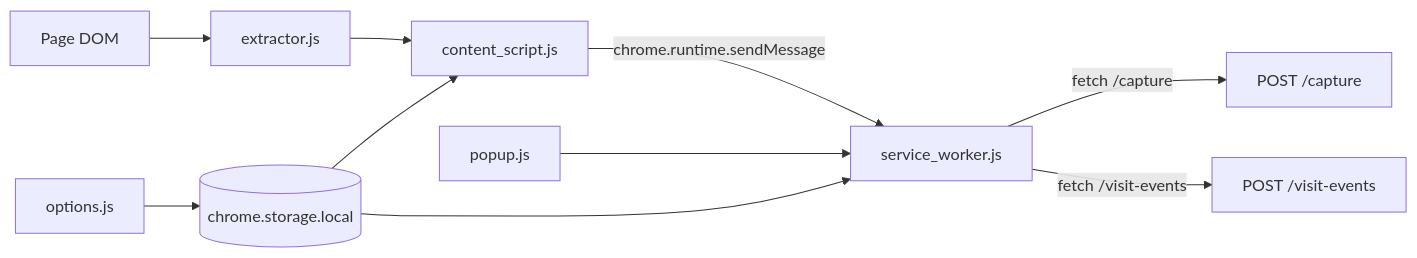
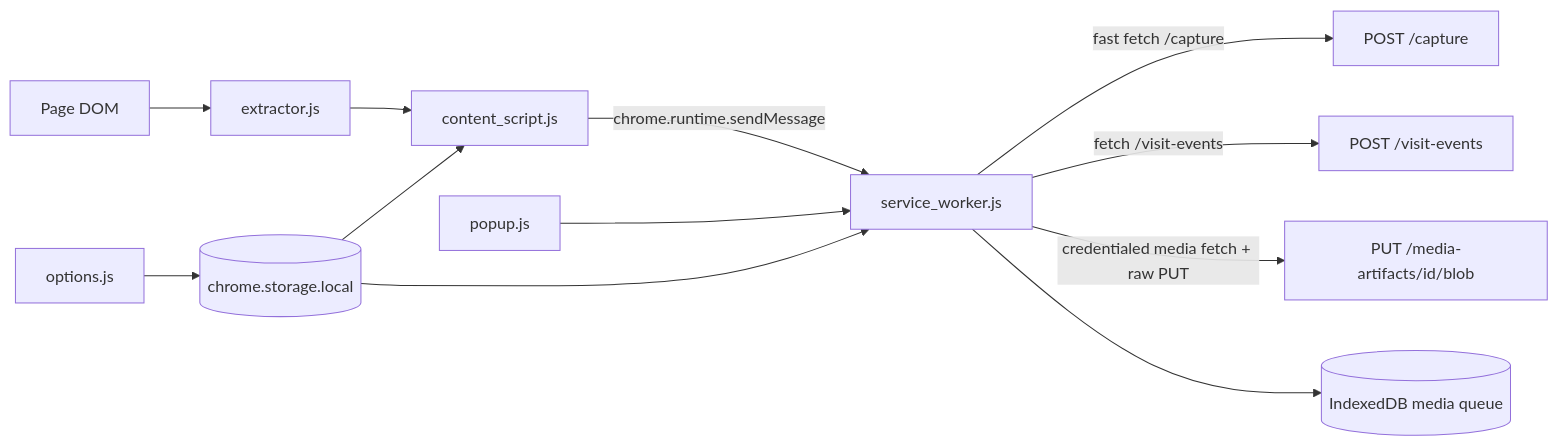
Before and after one commit to michaelnicks0/browser-memory-daemon: the second of 9 diagrams in docs/DIAGRAMS.md, drawn with Mermaid. The commit also changed other lines of this file and 31 other files, not shown here.

````diff
--- a/docs/DIAGRAMS.md
+++ b/docs/DIAGRAMS.md
@@ -30,12 +33,14 @@
 ```mermaid
 flowchart LR
   Page[Page DOM] --> Extractor[extractor.js]
   Extractor --> Content[content_script.js]
   Content -->|chrome.runtime.sendMessage| ServiceWorker[service_worker.js]
-  ServiceWorker -->|fetch /capture| DaemonCapture[POST /capture]
+  ServiceWorker -->|fast fetch /capture| DaemonCapture[POST /capture]
   ServiceWorker -->|fetch /visit-events| DaemonVisit[POST /visit-events]
+  ServiceWorker -->|credentialed media fetch + raw PUT| DaemonMedia["PUT /media-artifacts/id/blob"]
+  ServiceWorker --> IDB[(IndexedDB media queue)]
   Popup[popup.js] --> ServiceWorker
   Options[options.js] --> Storage[(chrome.storage.local)]
   Storage --> Content
   Storage --> ServiceWorker
 ```
````
